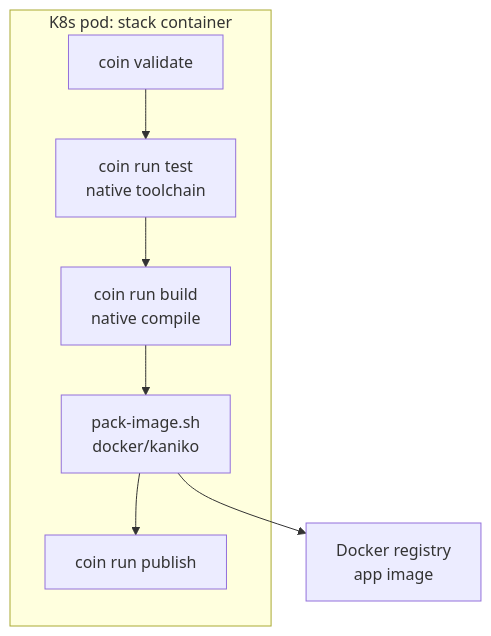
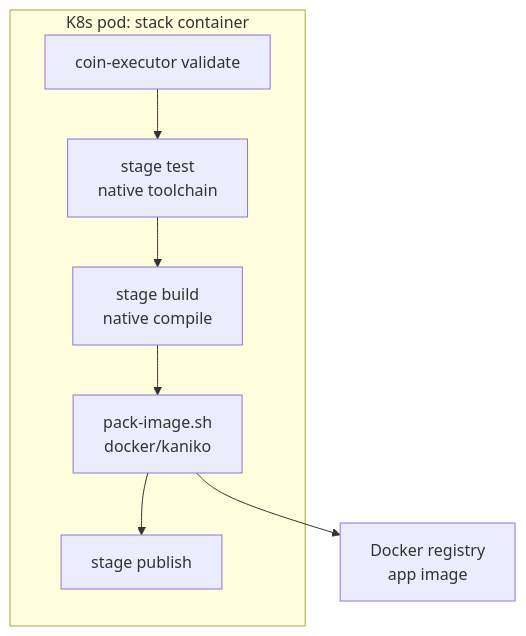
Before and after one commit to MstrPol/coin: the first of 2 diagrams in docs/agent-build-model.md, drawn with Mermaid. The commit also changed other lines of this file and 202 other files, not shown here.

````diff
--- a/docs/agent-build-model.md
+++ b/docs/agent-build-model.md
@@ -21,13 +23,13 @@
 ```mermaid
 flowchart TB
   subgraph agent["K8s pod: stack container"]
-    V["coin validate"]
-    T["coin run test\nnative toolchain"]
-    B1["coin run build\nnative compile"]
+    V["coin-executor validate"]
+    T["stage test\nnative toolchain"]
+    B1["stage build\nnative compile"]
     B2["pack-image.sh\ndocker/kaniko"]
-    P["coin run publish"]
+    P["stage publish"]
   end
 
   V --> T --> B1 --> B2 --> P
   B2 --> REG["Docker registry\napp image"]
 ```
````
